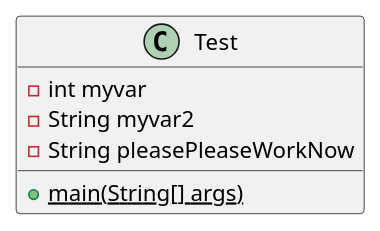
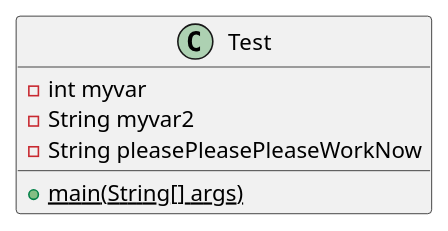
Before and after one commit to andrewdimmer/csi-3370-software-project-config-test: the diagram in docs/uml/test.puml, drawn with PlantUML.

```diff
--- a/docs/uml/test.puml
+++ b/docs/uml/test.puml
@@ -1,10 +1,10 @@
 @startuml test
 
 class Test {
     - int myvar
     - String myvar2
-    - String pleasePleaseWorkNow
+    - String pleasePleasePleaseWorkNow
     {static} + main(String[] args)
 }
 
 @enduml
```
